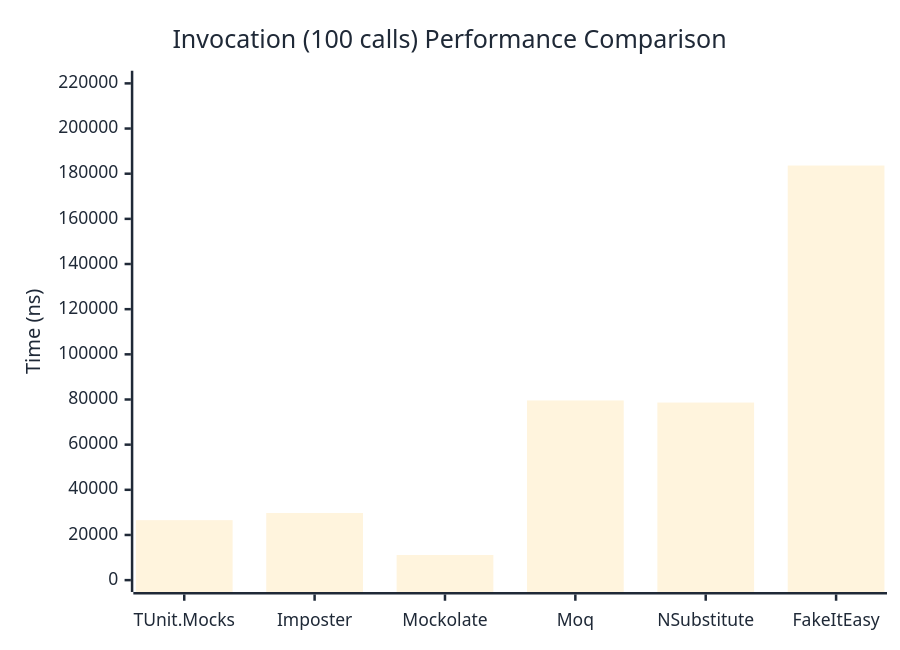
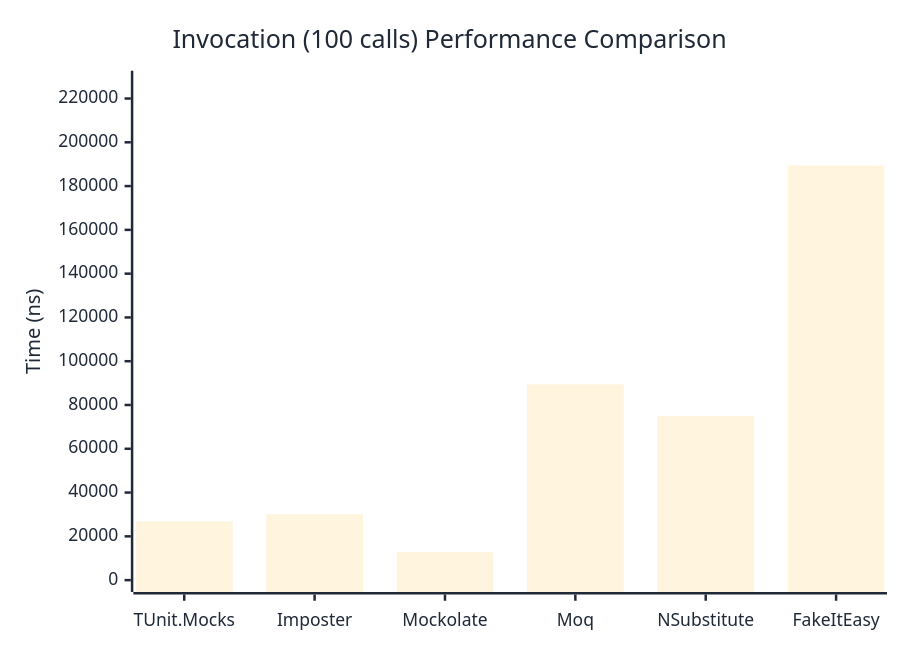
Before and after one commit to thomhurst/TUnit: the third of 3 diagrams in docs/docs/benchmarks/mocks/Invocation.md, drawn with Mermaid. The commit also changed other lines of this file and 14 other files, not shown here.

````diff
--- a/docs/docs/benchmarks/mocks/Invocation.md
+++ b/docs/docs/benchmarks/mocks/Invocation.md
@@ -112,27 +112,27 @@
 ```mermaid
 %%{init: {
   'theme':'base',
   'themeVariables': {
     'primaryColor': '#2563eb',
     'primaryTextColor': '#1f2937',
     'primaryBorderColor': '#1e40af',
     'lineColor': '#6b7280',
     'secondaryColor': '#7c3aed',
     'tertiaryColor': '#dc2626',
     'background': '#ffffff',
     'pie1': '#2563eb',
     'pie2': '#7c3aed',
     'pie3': '#dc2626',
     'pie4': '#f59e0b',
     'pie5': '#10b981',
     'pie6': '#06b6d4',
     'pie7': '#ec4899',
     'pie8': '#6366f1'
   }
 }}%%
 xychart-beta
   title "Invocation (100 calls) Performance Comparison"
   x-axis ["TUnit.Mocks", "Imposter", "Mockolate", "Moq", "NSubstitute", "FakeItEasy"]
-  y-axis "Time (ns)" 0 --> 220335
-  bar [26558.13, 29737.92, 11136.23, 79576.3, 78645.57, 183611.89]
+  y-axis "Time (ns)" 0 --> 227261
+  bar [26748.3, 30135.1, 12760.5, 89445.5, 75062.2, 189383.5]
 ```
````
